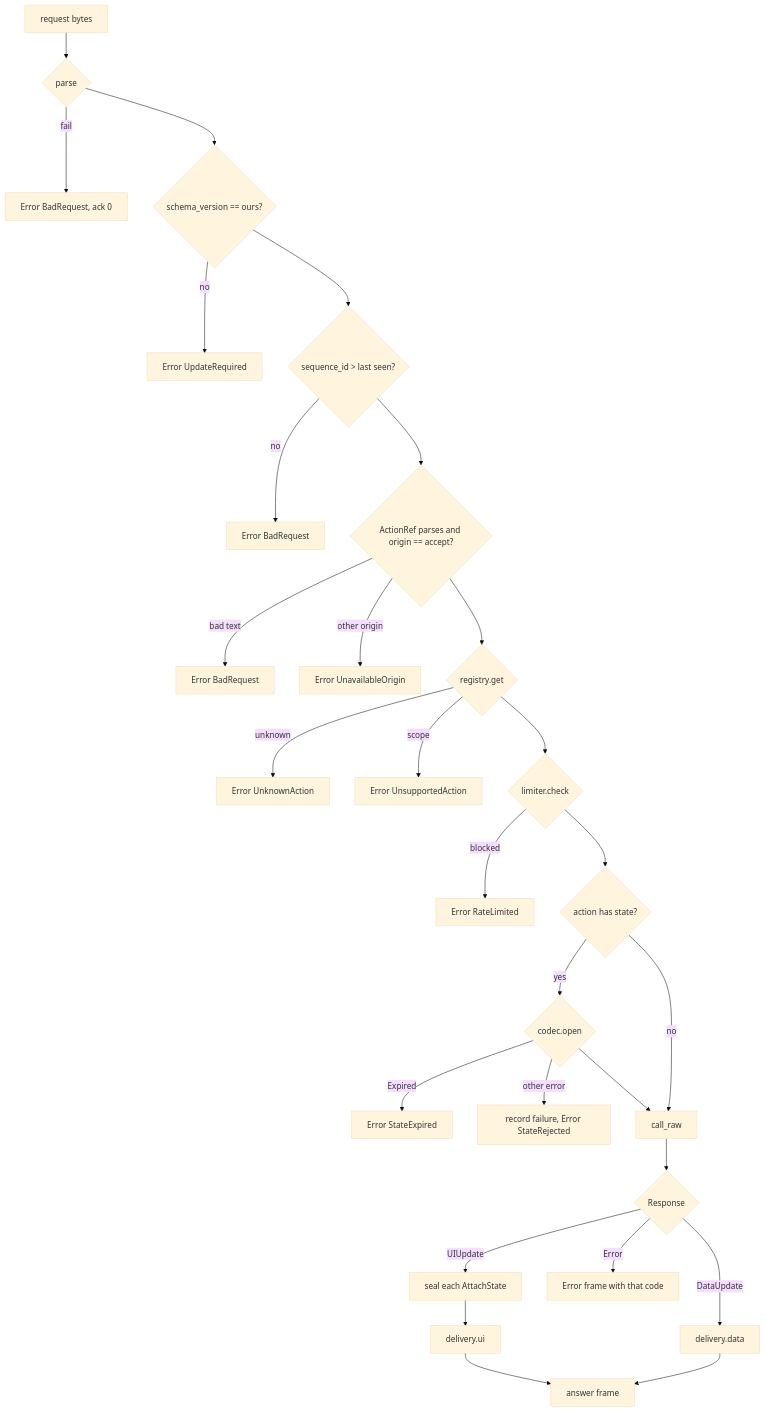
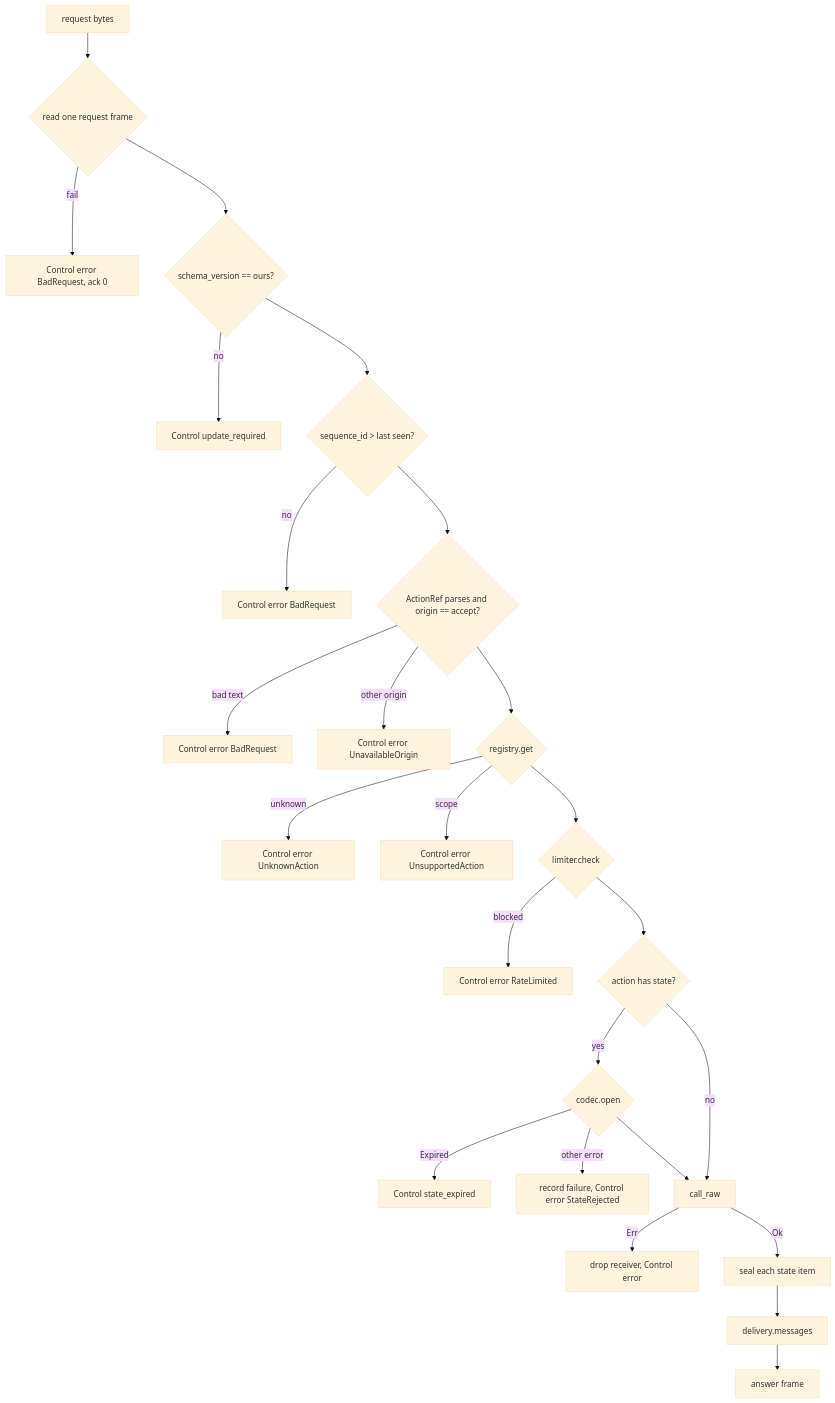
One commit to ewe-studios/ewe_platform changed the diagram in specifications/69-foundation-ui-v2/features/07-dispatcher-and-handshake/feature.md. Above: the diagram before and after it, drawn with Mermaid (base theme). The commit also changed other lines of this file and 21 other files, not shown here.

````diff
--- a/specifications/69-foundation-ui-v2/features/07-dispatcher-and-handshake/feature.md
+++ b/specifications/69-foundation-ui-v2/features/07-dispatcher-and-handshake/feature.md
@@ -386,29 +402,26 @@
 ```mermaid
 flowchart TD
-    R[request bytes] --> P{parse}
-    P -->|fail| EB[Error BadRequest, ack 0]
+    R[request bytes] --> P{read one request frame}
+    P -->|fail| EB[Control error BadRequest, ack 0]
     P --> V{schema_version == ours?}
-    V -->|no| EU[Error UpdateRequired]
+    V -->|no| EU[Control update_required]
     V --> O{sequence_id > last seen?}
-    O -->|no| EB2[Error BadRequest]
+    O -->|no| EB2[Control error BadRequest]
     O --> A{ActionRef parses and origin == accept?}
-    A -->|bad text| EB3[Error BadRequest]
-    A -->|other origin| EO[Error UnavailableOrigin]
+    A -->|bad text| EB3[Control error BadRequest]
+    A -->|other origin| EO[Control error UnavailableOrigin]
     A --> G{registry.get}
-    G -->|unknown| EK[Error UnknownAction]
-    G -->|scope| ES[Error UnsupportedAction]
+    G -->|unknown| EK[Control error UnknownAction]
+    G -->|scope| ES[Control error UnsupportedAction]
     G --> L{limiter.check}
-    L -->|blocked| ER[Error RateLimited]
+    L -->|blocked| ER[Control error RateLimited]
     L --> S{action has state?}
     S -->|yes| OP{codec.open}
-    OP -->|Expired| EX[Error StateExpired]
-    OP -->|other error| EJ[record failure, Error StateRejected]
+    OP -->|Expired| EX[Control state_expired]
+    OP -->|other error| EJ[record failure, Control error StateRejected]
     OP --> RUN
     S -->|no| RUN[call_raw]
-    RUN --> RESP{Response}
-    RESP -->|UIUpdate| SEAL[seal each AttachState] --> DU[delivery.ui]
-    RESP -->|DataUpdate| DD[delivery.data]
-    RESP -->|Error| EA[Error frame with that code]
-    DU --> F[answer frame]
-    DD --> F
+    RUN -->|Err| EA[drop receiver, Control error]
+    RUN -->|Ok| SEAL[seal each state item] --> DEL[delivery.messages]
+    DEL --> F[answer frame]
 ```
````
